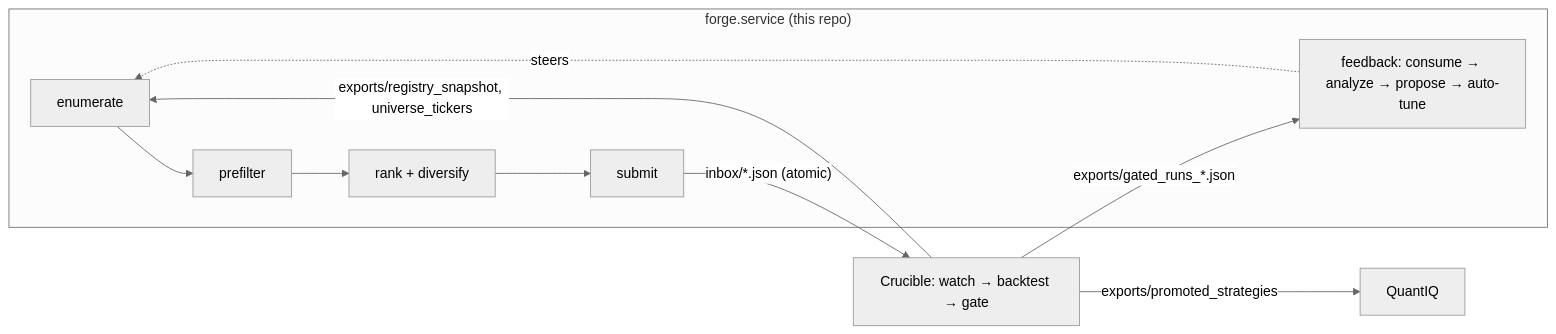
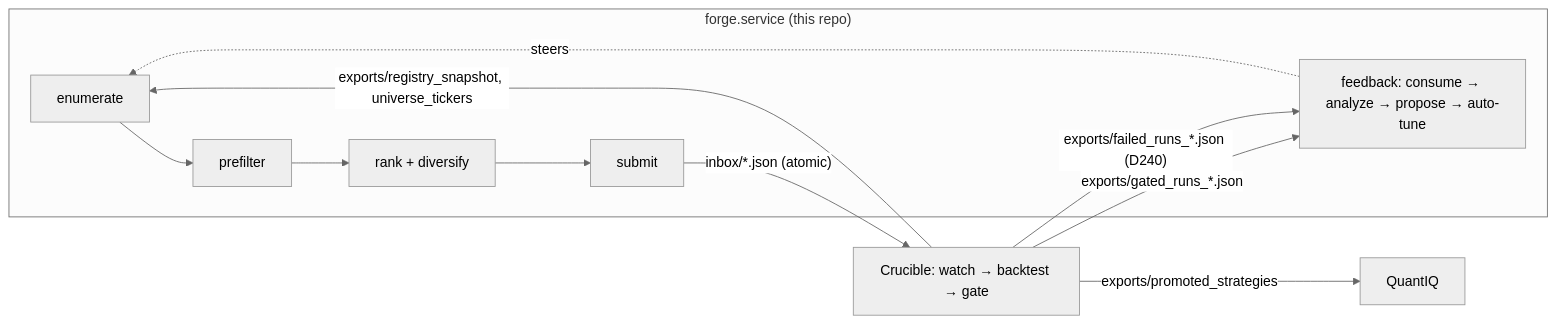
Before and after one commit to deloneyarthur/Forge: the diagram in docs/architecture.md, drawn with Mermaid (neutral theme). The commit also changed other lines of this file and 10 other files, not shown here.

````diff
--- a/docs/architecture.md
+++ b/docs/architecture.md
@@ -12,11 +12,12 @@
 ```mermaid
 flowchart LR
     subgraph Forge["forge.service (this repo)"]
         E[enumerate] --> P[prefilter] --> R[rank + diversify] --> S[submit]
         F["feedback: consume → analyze → propose → auto-tune"] -. steers .-> E
     end
     S -- "inbox/*.json (atomic)" --> C["Crucible: watch → backtest → gate"]
     C -- "exports/gated_runs_*.json" --> F
+    C -- "exports/failed_runs_*.json (D240)" --> F
     C -- "exports/registry_snapshot, universe_tickers" --> E
     C -- "exports/promoted_strategies" --> Q[QuantIQ]
 ```
````
